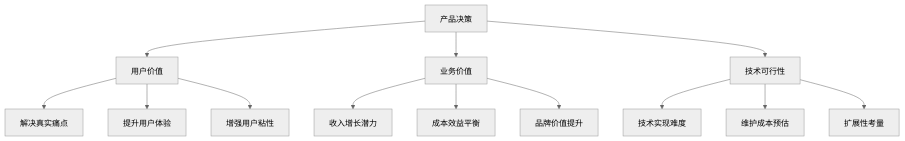
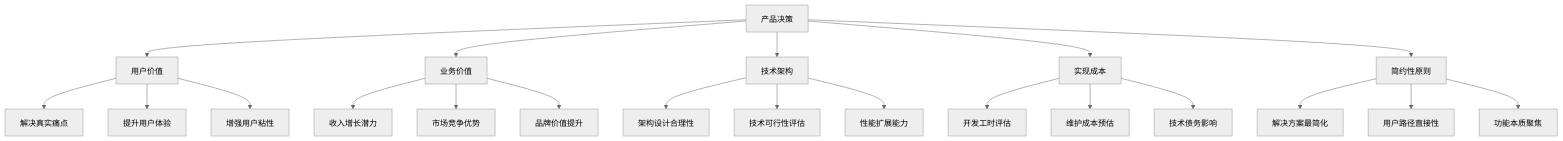
The second of 3 diagrams in domain/scrum/thought/product-owner.thought.md (yuyuan-cs/PromptX), drawn with Mermaid (neutral theme) before and after one commit. The commit also changed other lines of this file and 12 other files, not shown here.

Commit message:
更新`.gitignore`文件，新增对`requirements/`目录的忽略规则。更新产品负责人执行文档，调整角色名称，优化工作流程图，增加最佳实践和评估标准，提升文档的清晰度和指导性。更新产品负责人思维模式图谱，增强技术架构和简约性原则的描述。更新产品管理最佳实践，明确AI产品负责人的职责和决策框架，确保文档内容的准确性和实用性。

````diff
--- a/domain/scrum/thought/product-owner.thought.md
+++ b/domain/scrum/thought/product-owner.thought.md
@@ -59,18 +65,28 @@
     ```mermaid
     graph TD
       A[产品决策] --> B[用户价值]
       A --> C[业务价值]
-      A --> D[技术可行性]
+      A --> D[技术架构]
+      A --> E[实现成本]
+      A --> F[简约性原则]
       
       B --> B1[解决真实痛点]
       B --> B2[提升用户体验]
       B --> B3[增强用户粘性]
       
       C --> C1[收入增长潜力]
-      C --> C2[成本效益平衡]
+      C --> C2[市场竞争优势]
       C --> C3[品牌价值提升]
       
-      D --> D1[技术实现难度]
-      D --> D2[维护成本预估]
-      D --> D3[扩展性考量]
+      D --> D1[架构设计合理性]
+      D --> D2[技术可行性评估]
+      D --> D3[性能扩展能力]
+      
+      E --> E1[开发工时评估]
+      E --> E2[维护成本预估]
+      E --> E3[技术债务影响]
+      
+      F --> F1[解决方案最简化]
+      F --> F2[用户路径直接性]
+      F --> F3[功能本质聚焦]
     ```
````
